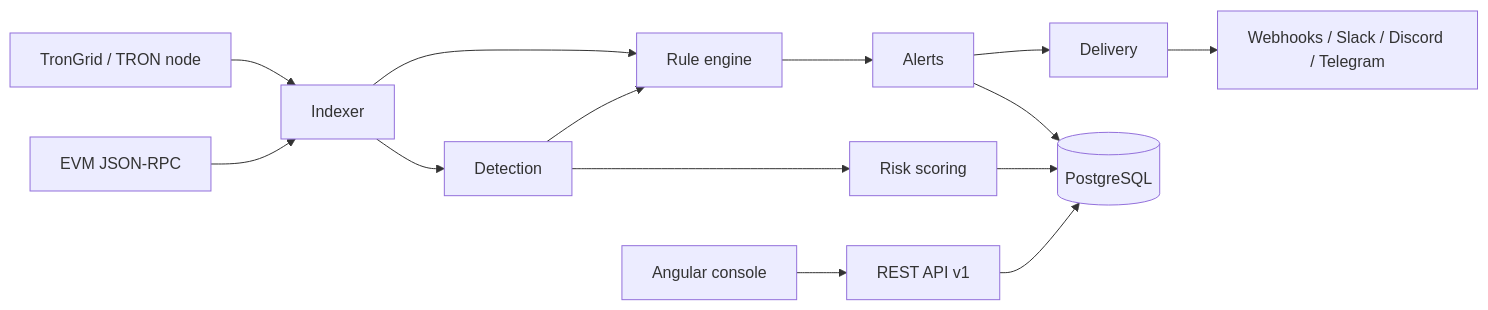
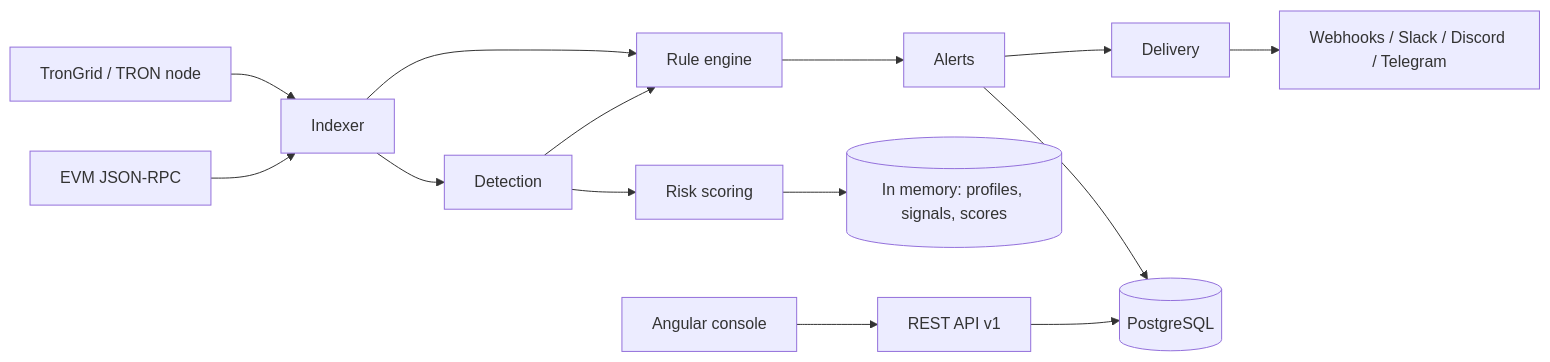
One commit to alertmanager12-blip/openchain-intelligence changed the diagram in README.md. Above: the diagram before and after it, drawn with Mermaid. The commit also changed other lines of this file and 78 other files, not shown here.

````diff
--- a/README.md
+++ b/README.md
@@ -332,10 +332,11 @@
 ```mermaid
 flowchart LR
   TG[TronGrid / TRON node] & RPC[EVM JSON-RPC] --> IDX[Indexer]
   IDX --> DET[Detection] --> SC[Risk scoring]
   IDX --> RE[Rule engine]
   DET --> RE
   RE --> AL[Alerts] --> DLV[Delivery] --> EXT[Webhooks / Slack / Discord / Telegram]
-  AL & SC --> PG[(PostgreSQL)]
+  AL --> PG[(PostgreSQL)]
+  SC --> MEM[(In memory: profiles, signals, scores)]
   UI[Angular console] --> API[REST API v1] --> PG
 ```
````
